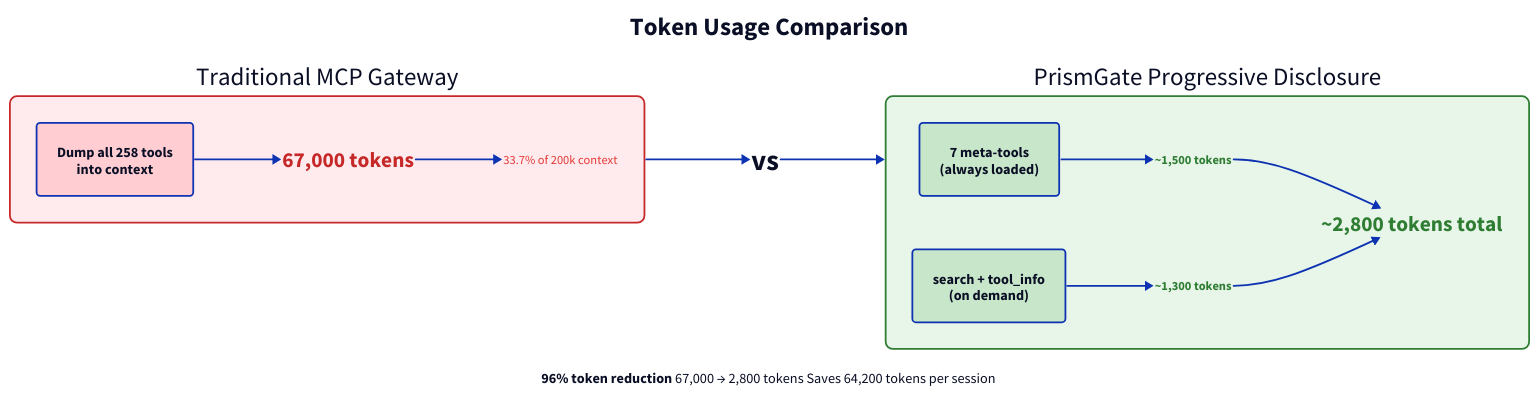
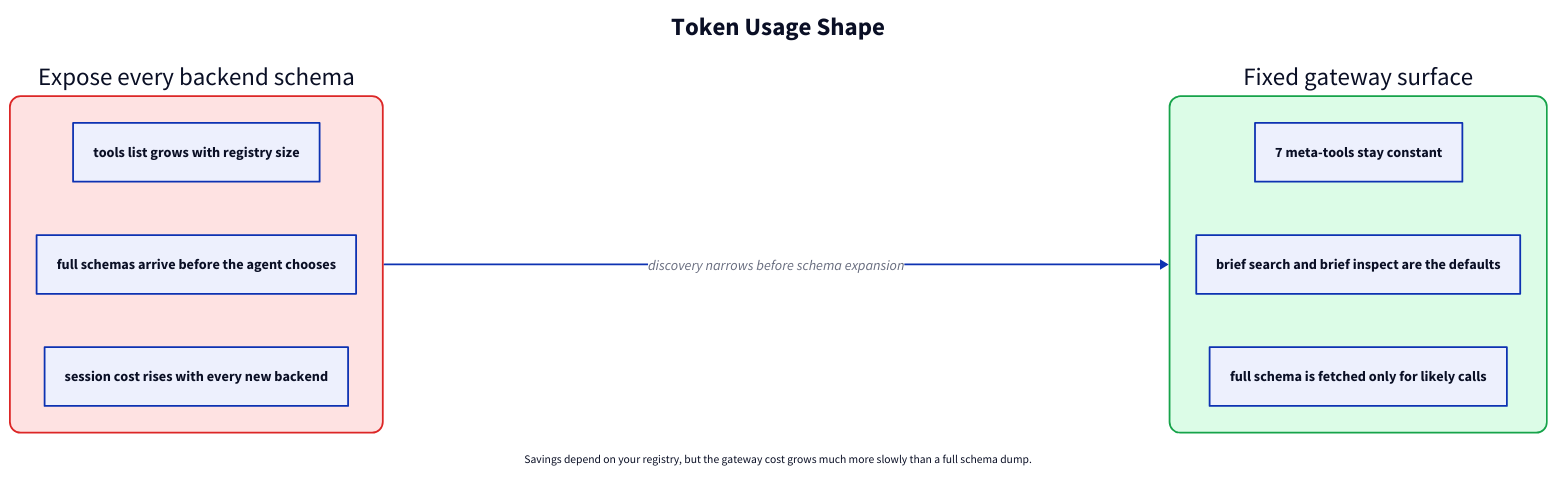
One commit to jonwraymond/PrismGate changed the diagram in docs/diagrams/token-comparison.d2. Above: the diagram before and after it, drawn with D2. The commit also changed 45 other files, not shown here.

```diff
--- a/docs/diagrams/token-comparison.d2
+++ b/docs/diagrams/token-comparison.d2
@@ -1,100 +1,38 @@
 direction: right
 
-title: Token Usage Comparison {
+title: Token Usage Shape {
   shape: text
   near: top-center
   style.font-size: 28
   style.bold: true
 }
 
-# Traditional approach
-traditional: Traditional MCP Gateway {
-  style.fill: "#FFEBEE"
-  style.border-radius: 8
-  style.stroke: "#C62828"
+naive: Expose every backend schema {
+  style.fill: "#FEE2E2"
+  style.stroke: "#DC2626"
+  style.border-radius: 12
 
-  dump: "Dump all 258 tools\ninto context" {
-    style.fill: "#FFCDD2"
-    style.border-radius: 4
-  }
-
-  cost_t: "67,000 tokens" {
-    shape: text
-    style.font-size: 24
-    style.font-color: "#C62828"
-    style.bold: true
-  }
-
-  pct: "33.7% of 200k context" {
-    shape: text
-    style.font-size: 14
-    style.font-color: "#E53935"
-  }
-
-  dump -> cost_t
-  cost_t -> pct
+  n1: tools list grows with registry size
+  n2: full schemas arrive before the agent chooses
+  n3: session cost rises with every new backend
 }
 
-vs: "vs" {
-  shape: text
-  style.font-size: 32
-  style.bold: true
+gateway: Fixed gateway surface {
+  style.fill: "#DCFCE7"
+  style.stroke: "#16A34A"
+  style.border-radius: 12
+
+  g1: 7 meta-tools stay constant
+  g2: brief search and brief inspect are the defaults
+  g3: full schema is fetched only for likely calls
 }
 
-# PrismGate approach
-prismgate: PrismGate Progressive Disclosure {
-  style.fill: "#E8F5E9"
-  style.border-radius: 8
-  style.stroke: "#2E7D32"
-
-  step1: "7 meta-tools\n(always loaded)" {
-    style.fill: "#C8E6C9"
-    style.border-radius: 4
-  }
-
-  cost1: "~1,500 tokens" {
-    shape: text
-    style.font-size: 14
-    style.font-color: "#2E7D32"
-    style.bold: true
-  }
-
-  step2: "search + tool_info\n(on demand)" {
-    style.fill: "#C8E6C9"
-    style.border-radius: 4
-  }
-
-  cost2: "~1,300 tokens" {
-    shape: text
-    style.font-size: 14
-    style.font-color: "#2E7D32"
-    style.bold: true
-  }
-
-  total: "~2,800 tokens total" {
-    shape: text
-    style.font-size: 24
-    style.font-color: "#2E7D32"
-    style.bold: true
-  }
-
-  step1 -> cost1
-  step2 -> cost2
-  cost1 -> total
-  cost2 -> total
+note: |md
+  Savings depend on your registry,
+  but the gateway cost grows much more slowly than a full schema dump.
+| {
+  near: bottom-center
+  style.font-size: 13
 }
 
-# Savings
-savings: |md
-  **96% token reduction**
-  67,000 → 2,800 tokens
-  Saves 64,200 tokens per session
-| {
-  near: bottom-center
-  style.font-size: 16
-  style.bold: true
-}
-
-# Flow
-traditional -> vs
-vs -> prismgate
+naive -> gateway: discovery narrows before schema expansion
```
